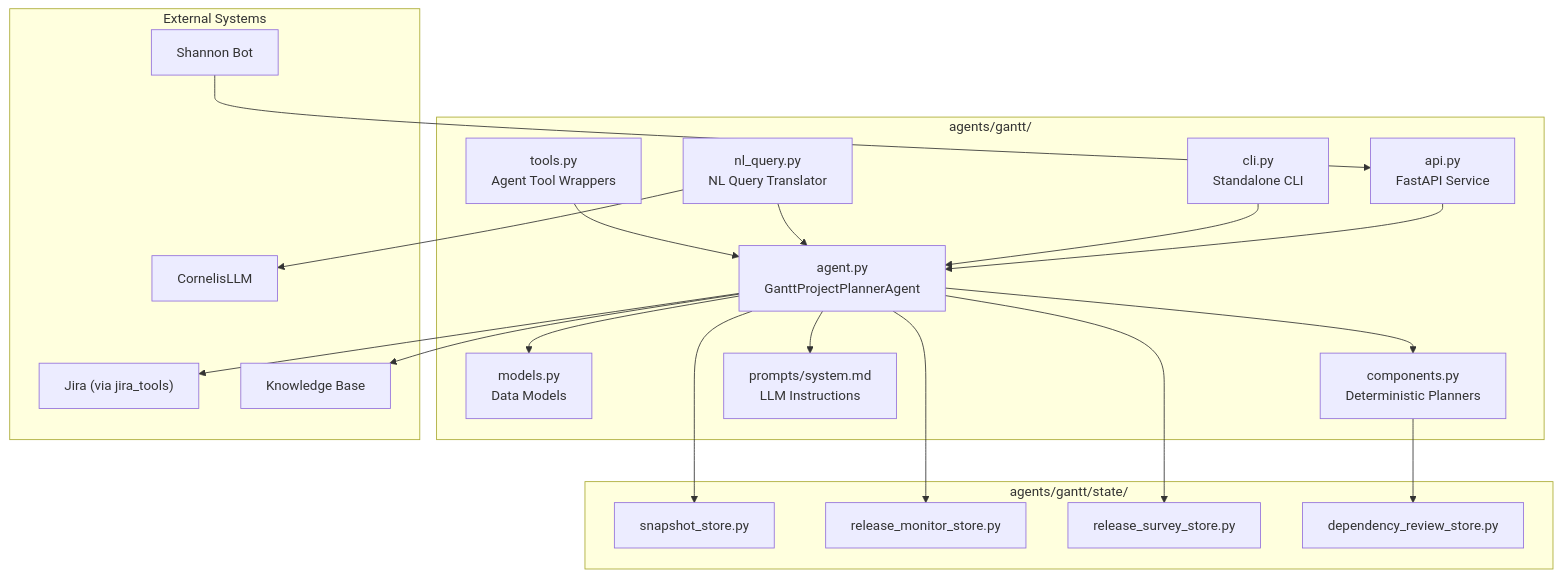
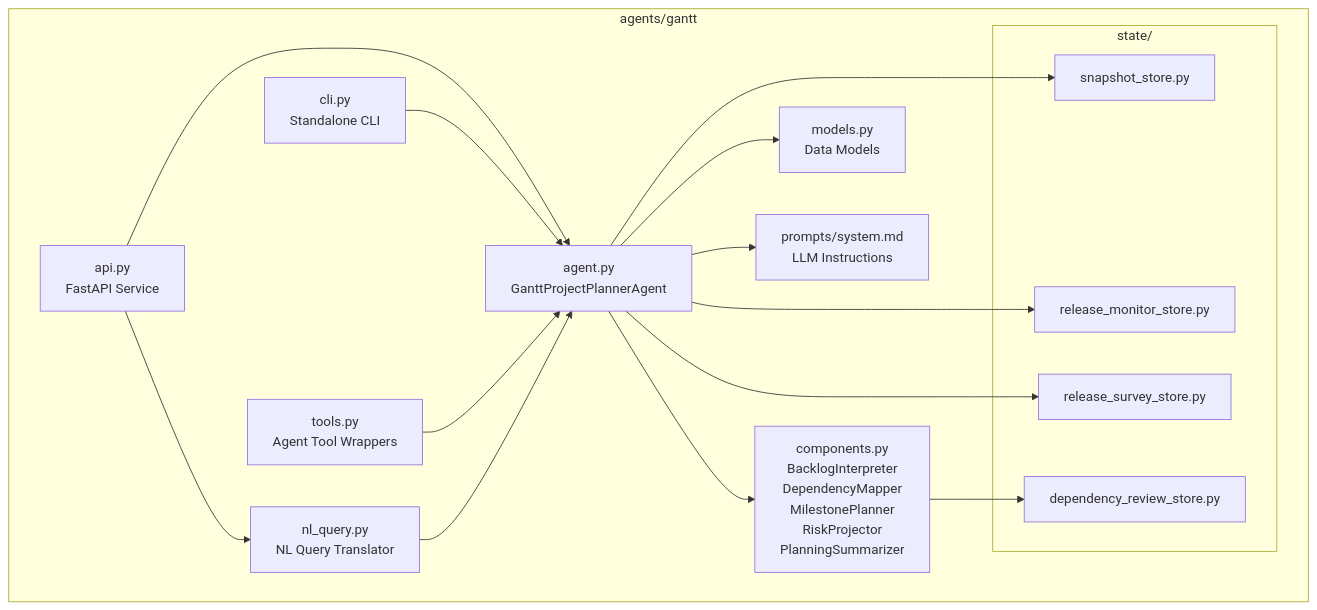
The first of 4 diagrams in docs/agents-gantt.md (jmac-cornelis/agent-workforce), drawn with Mermaid before and after one commit. The commit also changed other lines of this file and 8 other files, not shown here.

````diff
--- a/docs/agents-gantt.md
+++ b/docs/agents-gantt.md
@@ -25,43 +23,32 @@
 ```mermaid
 graph TB
-    subgraph "agents/gantt/"
+    subgraph "agents/gantt"
         AGENT["agent.py<br/>GanttProjectPlannerAgent"]
         API["api.py<br/>FastAPI Service"]
         CLI["cli.py<br/>Standalone CLI"]
+        COMPONENTS["components.py<br/>BacklogInterpreter<br/>DependencyMapper<br/>MilestonePlanner<br/>RiskProjector<br/>PlanningSummarizer"]
         MODELS["models.py<br/>Data Models"]
-        COMPONENTS["components.py<br/>Deterministic Planners"]
+        TOOLS["tools.py<br/>Agent Tool Wrappers"]
         NL["nl_query.py<br/>NL Query Translator"]
-        TOOLS["tools.py<br/>Agent Tool Wrappers"]
-        PROMPT["prompts/system.md<br/>LLM Instructions"]
-    end
-
-    subgraph "agents/gantt/state/"
-        SNAP_STORE["snapshot_store.py"]
-        RM_STORE["release_monitor_store.py"]
-        RS_STORE["release_survey_store.py"]
-        DR_STORE["dependency_review_store.py"]
-    end
-
-    subgraph "External Systems"
-        JIRA["Jira (via jira_tools)"]
-        LLM["CornelisLLM"]
-        SHANNON["Shannon Bot"]
-        KB["Knowledge Base"]
+        PROMPTS["prompts/system.md<br/>LLM Instructions"]
+        subgraph "state/"
+            SNAP_STORE["snapshot_store.py"]
+            RM_STORE["release_monitor_store.py"]
+            RS_STORE["release_survey_store.py"]
+            DEP_STORE["dependency_review_store.py"]
+        end
     end
 
     API --> AGENT
+    API --> NL
     CLI --> AGENT
-    NL --> AGENT
-    NL --> LLM
+    TOOLS --> AGENT
     AGENT --> COMPONENTS
     AGENT --> MODELS
-    AGENT --> PROMPT
-    AGENT --> JIRA
-    AGENT --> KB
-    TOOLS --> AGENT
+    AGENT --> PROMPTS
     AGENT --> SNAP_STORE
     AGENT --> RM_STORE
     AGENT --> RS_STORE
-    COMPONENTS --> DR_STORE
-    SHANNON --> API
+    COMPONENTS --> DEP_STORE
+    NL --> AGENT
 ```
````
